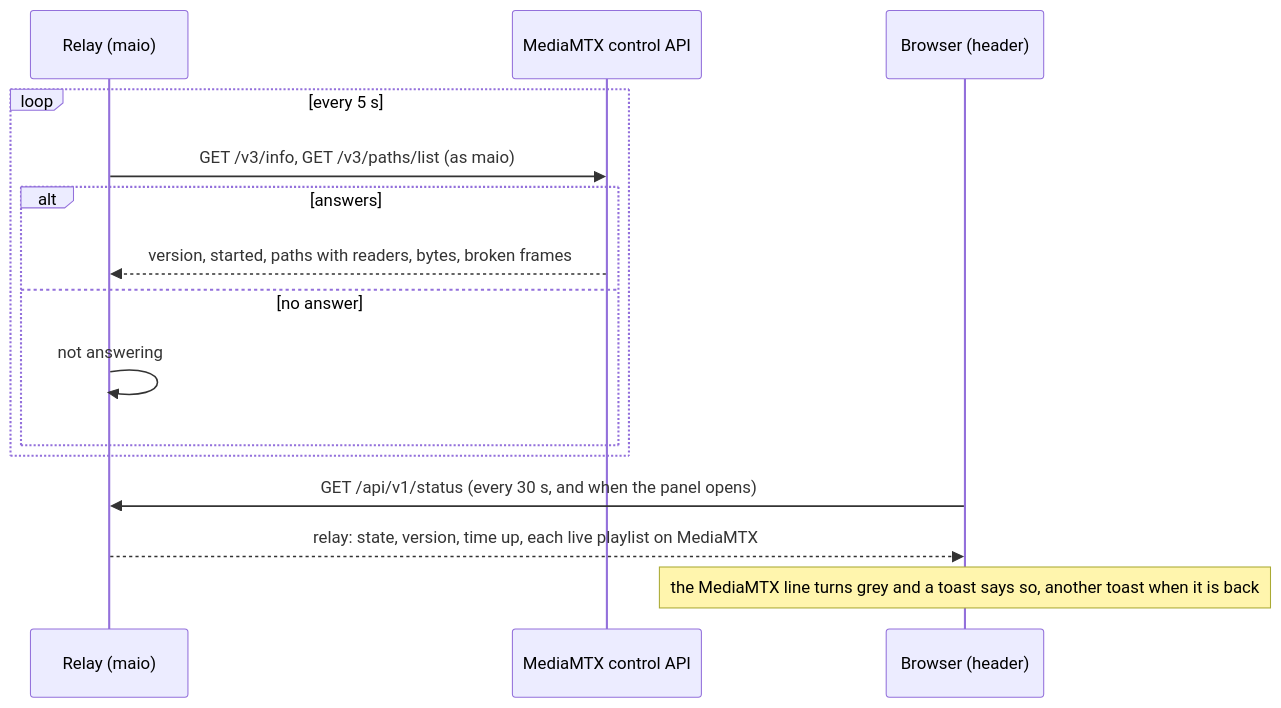
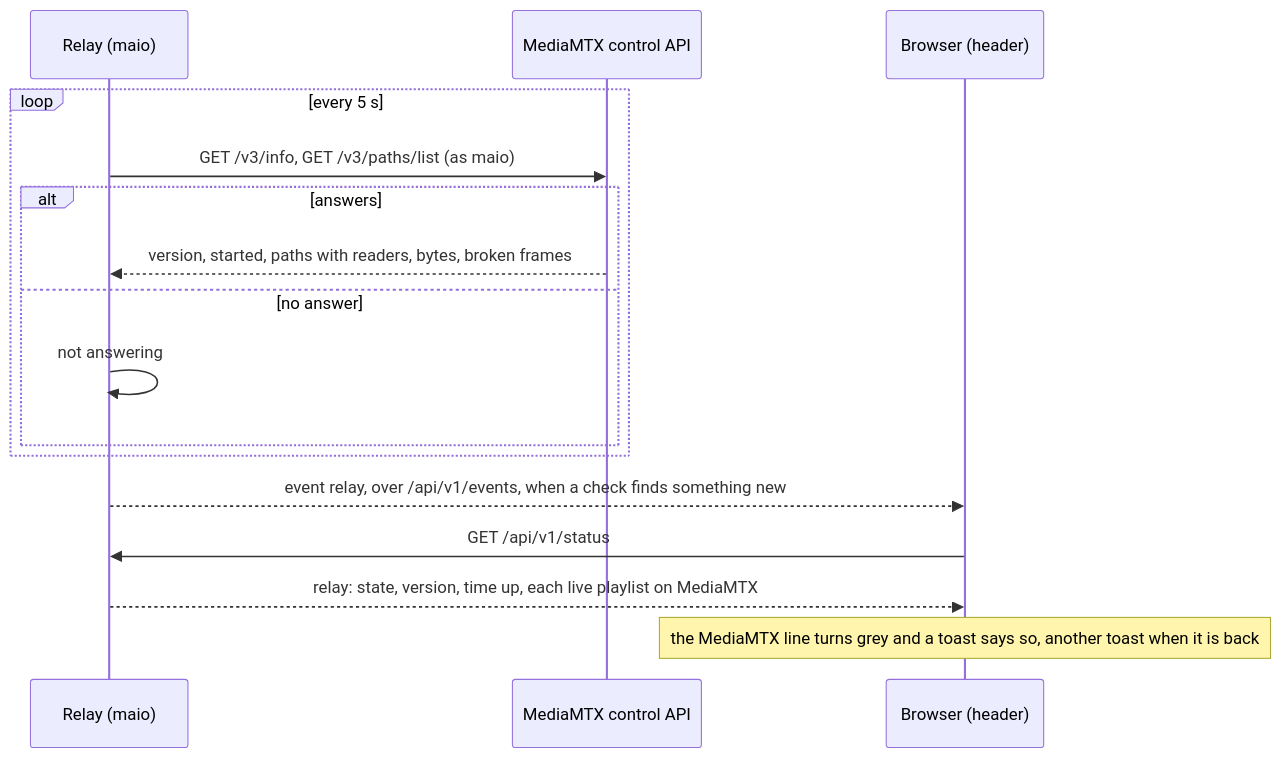
One commit to fulgas/maio changed the fifth of 5 diagrams in docs/architecture/06-runtime-view.md. Above: the diagram before and after it, drawn with Mermaid. The commit also changed other lines of this file and 18 other files, not shown here.

````diff
--- a/docs/architecture/06-runtime-view.md
+++ b/docs/architecture/06-runtime-view.md
@@ -122,17 +123,18 @@
 ```mermaid
 sequenceDiagram
     participant R as Relay (maio)
     participant M as MediaMTX control API
     participant B as Browser (header)
     loop every 5 s
         R->>M: GET /v3/info, GET /v3/paths/list (as maio)
         alt answers
             M-->>R: version, started, paths with readers, bytes, broken frames
         else no answer
             R->>R: not answering
         end
     end
-    B->>R: GET /api/v1/status (every 30 s, and when the panel opens)
+    R-->>B: event relay, over /api/v1/events, when a check finds something new
+    B->>R: GET /api/v1/status
     R-->>B: relay: state, version, time up, each live playlist on MediaMTX
     Note over B: the MediaMTX line turns grey and a toast says so, another toast when it is back
 ```
````
